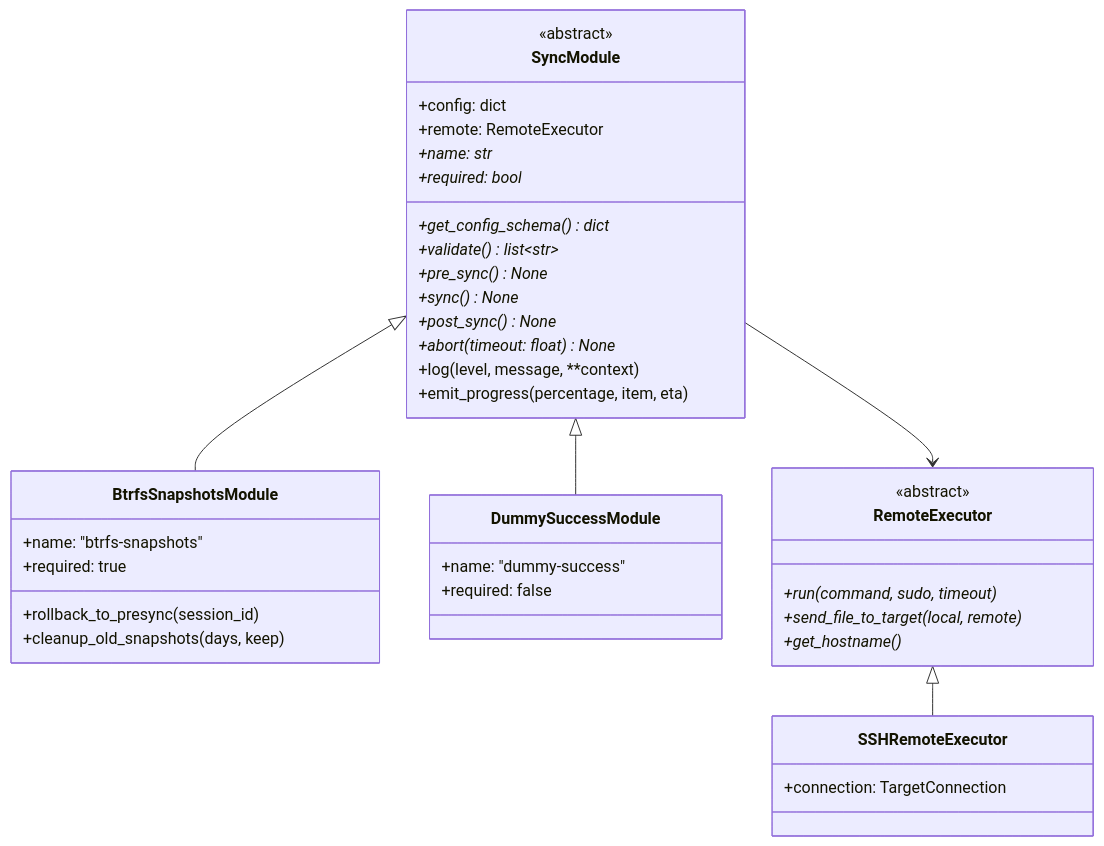
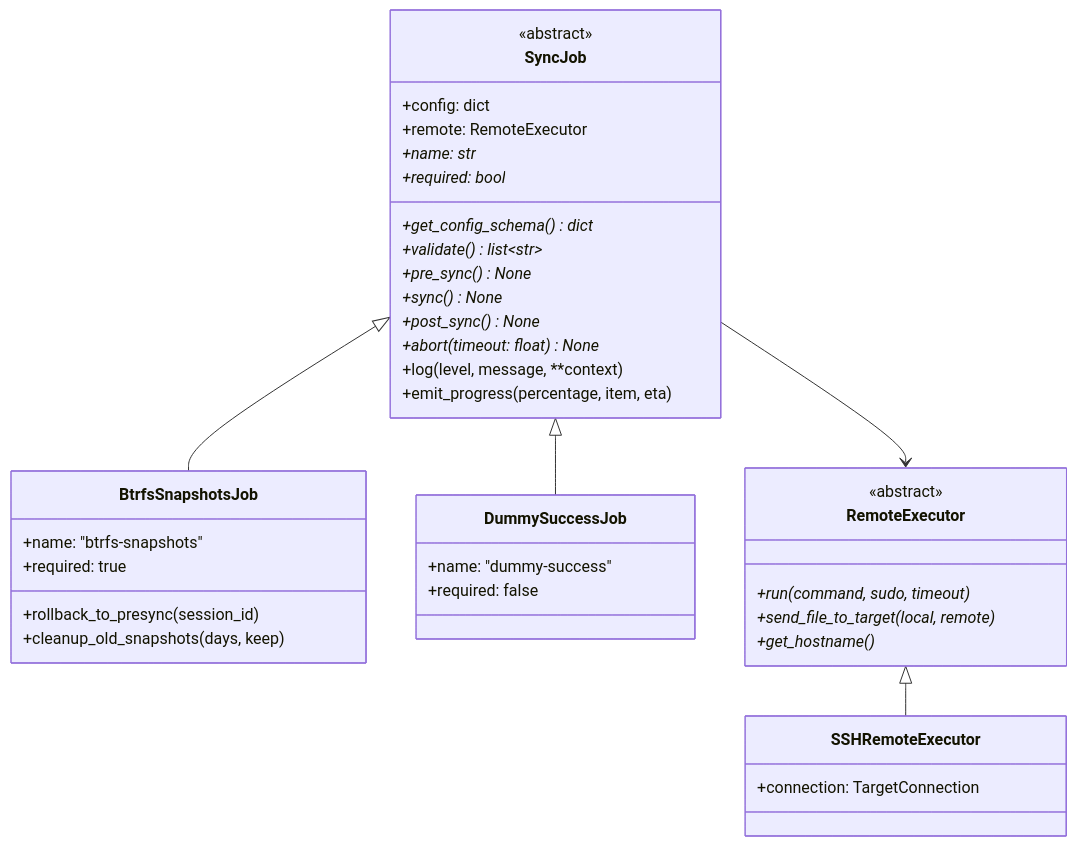
One commit to flaksit/pc-switcher changed the second of 13 diagrams in ARCHITECTURE.md. Above: the diagram before and after it, drawn with Mermaid. The commit also changed other lines of this file and 39 other files, not shown here.

Commit message:
rename Module to Job

````diff
--- a/ARCHITECTURE.md
+++ b/ARCHITECTURE.md
@@ -38,46 +38,46 @@
 ```mermaid
 classDiagram
-    class SyncModule {
+    class SyncJob {
         <<abstract>>
         +config: dict
         +remote: RemoteExecutor
         +name: str*
         +required: bool*
         +get_config_schema() dict*
         +validate() list~str~*
         +pre_sync() None*
         +sync() None*
         +post_sync() None*
         +abort(timeout: float) None*
         +log(level, message, **context)
         +emit_progress(percentage, item, eta)
     }
 
-    class BtrfsSnapshotsModule {
+    class BtrfsSnapshotsJob {
         +name: "btrfs-snapshots"
         +required: true
         +rollback_to_presync(session_id)
         +cleanup_old_snapshots(days, keep)
     }
 
-    class DummySuccessModule {
+    class DummySuccessJob {
         +name: "dummy-success"
         +required: false
     }
 
     class RemoteExecutor {
         <<abstract>>
         +run(command, sudo, timeout)*
         +send_file_to_target(local, remote)*
         +get_hostname()*
     }
 
     class SSHRemoteExecutor {
         +connection: TargetConnection
     }
 
-    SyncModule <|-- BtrfsSnapshotsModule
-    SyncModule <|-- DummySuccessModule
+    SyncJob <|-- BtrfsSnapshotsJob
+    SyncJob <|-- DummySuccessJob
     RemoteExecutor <|-- SSHRemoteExecutor
-    SyncModule --> RemoteExecutor
+    SyncJob --> RemoteExecutor
 ```
````
